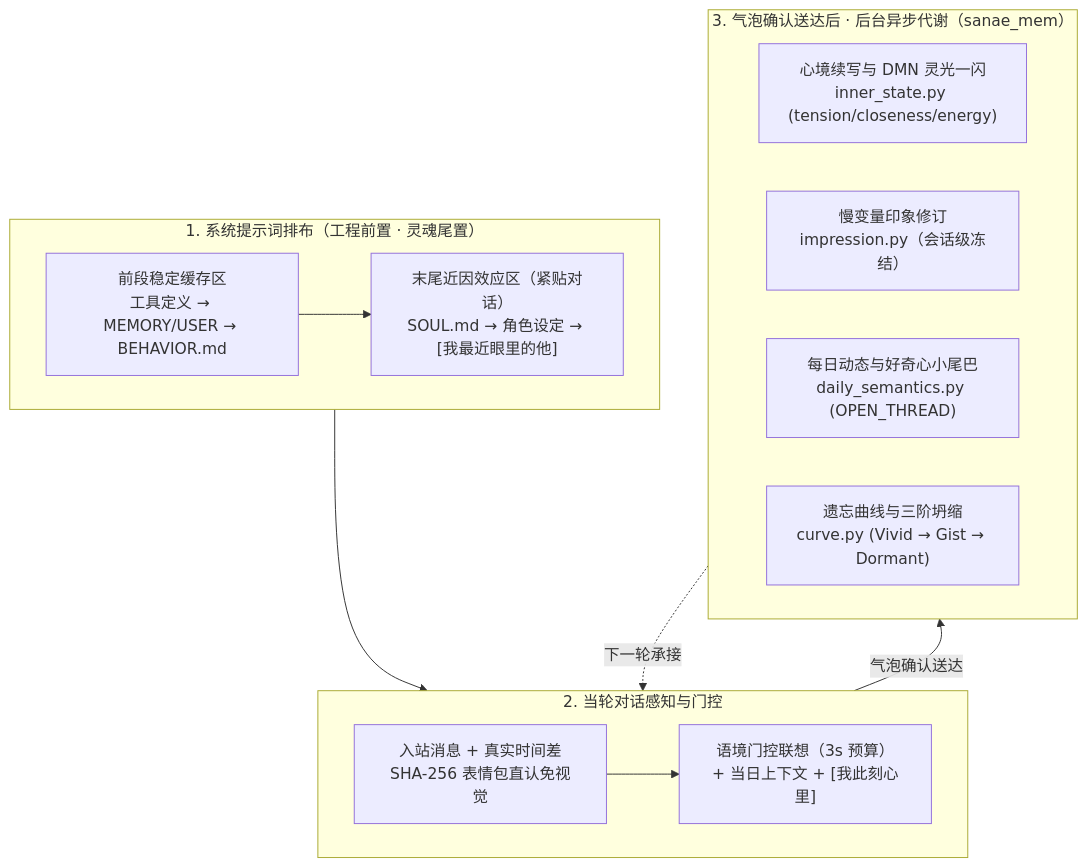
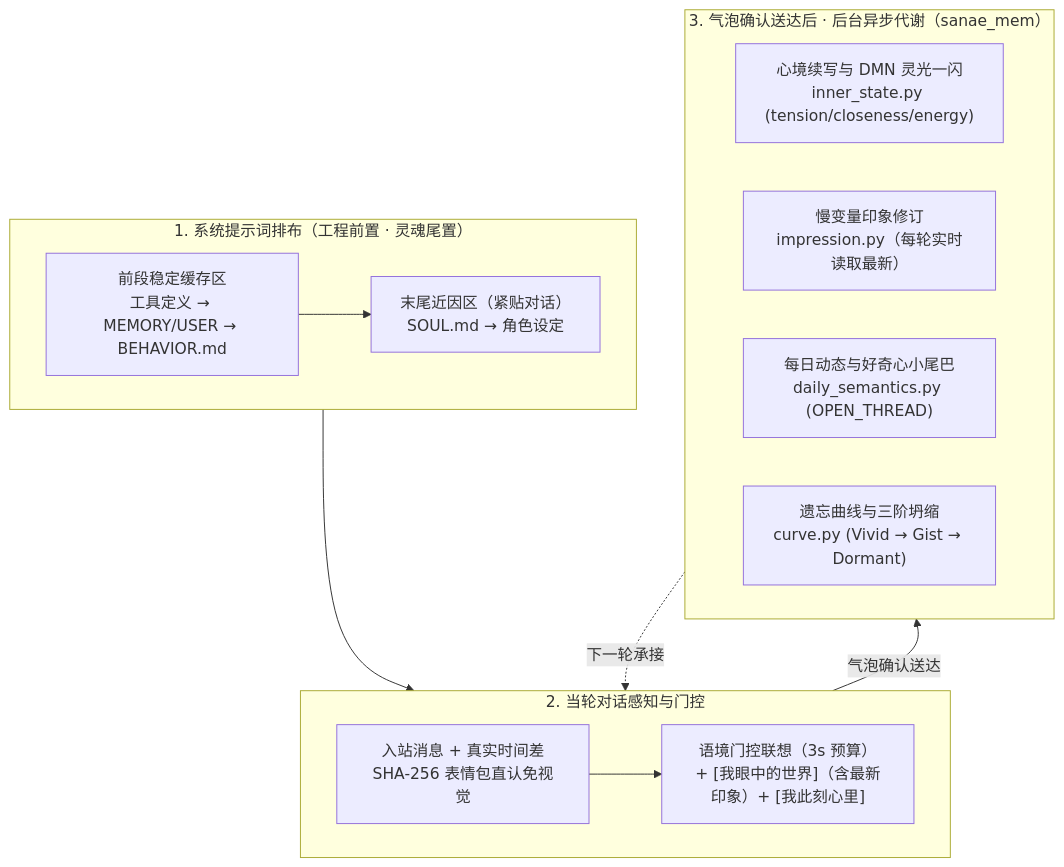
One commit to LPoPia/weftpersona changed the diagram in README.md. Above: the diagram before and after it, drawn with Mermaid. The commit also changed other lines of this file and 168 other files, not shown here.

````diff
--- a/README.md
+++ b/README.md
@@ -47,24 +47,24 @@
 ```mermaid
 flowchart TB
     subgraph Prompt["1. 系统提示词排布（工程前置 · 灵魂尾置）"]
         direction LR
-        P1["前段稳定缓存区<br/>工具定义 → MEMORY/USER → BEHAVIOR.md"] --> P2["末尾近因效应区（紧贴对话）<br/>SOUL.md → 角色设定 → [我最近眼里的他]"]
+        P1["前段稳定缓存区<br/>工具定义 → MEMORY/USER → BEHAVIOR.md"] --> P2["末尾近因区（紧贴对话）<br/>SOUL.md → 角色设定"]
     end
 
     subgraph Turn["2. 当轮对话感知与门控"]
         direction LR
-        T1["入站消息 + 真实时间差<br/>SHA-256 表情包直认免视觉"] --> T2["语境门控联想（3s 预算）<br/>+ 当日上下文 + [我此刻心里]"]
+        T1["入站消息 + 真实时间差<br/>SHA-256 表情包直认免视觉"] --> T2["语境门控联想（3s 预算）<br/>+ [我眼中的世界]（含最新印象）+ [我此刻心里]"]
     end
 
     subgraph Async["3. 气泡确认送达后 · 后台异步代谢（sanae_mem）"]
         direction LR
         A1["心境续写与 DMN 灵光一闪<br/>inner_state.py (tension/closeness/energy)"]
-        A2["慢变量印象修订<br/>impression.py（会话级冻结）"]
+        A2["慢变量印象修订<br/>impression.py（每轮实时读取最新）"]
         A3["每日动态与好奇心小尾巴<br/>daily_semantics.py (OPEN_THREAD)"]
         A4["遗忘曲线与三阶坍缩<br/>curve.py (Vivid → Gist → Dormant)"]
     end
 
     Prompt --> Turn
     Turn -->|"气泡确认送达"| Async
     Async -.->|"下一轮承接"| Turn
 ```
````
